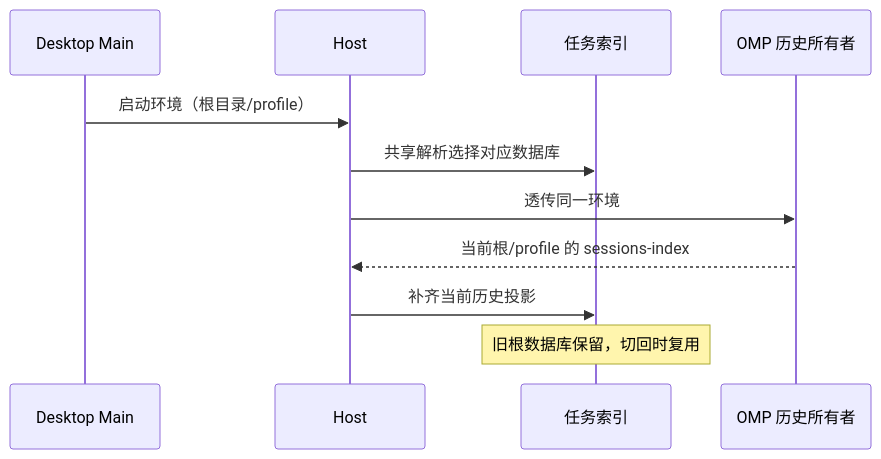
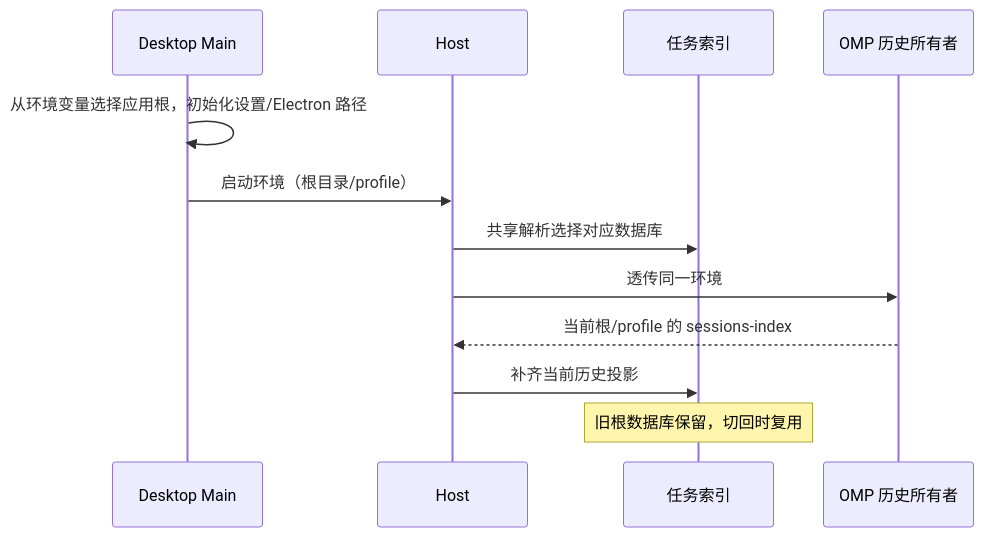
The diagram in docs/requirements/models-and-commands.md (jchanghong023/OmpCode), drawn with Mermaid before and after one commit. The commit also changed other lines of this file and 33 other files, not shown here.

````diff
--- a/docs/requirements/models-and-commands.md
+++ b/docs/requirements/models-and-commands.md
@@ -40,13 +41,14 @@
 ```mermaid
 sequenceDiagram
   participant Main as Desktop Main
   participant Host as Host
   participant Repo as 任务索引
   participant OMP as OMP 历史所有者
+  Main->>Main: 从环境变量选择应用根，初始化设置/Electron 路径
   Main->>Host: 启动环境（根目录/profile）
   Host->>Repo: 共享解析选择对应数据库
   Host->>OMP: 透传同一环境
   OMP-->>Host: 当前根/profile 的 sessions-index
   Host->>Repo: 补齐当前历史投影
   Note over Repo: 旧根数据库保留，切回时复用
 ```
````
